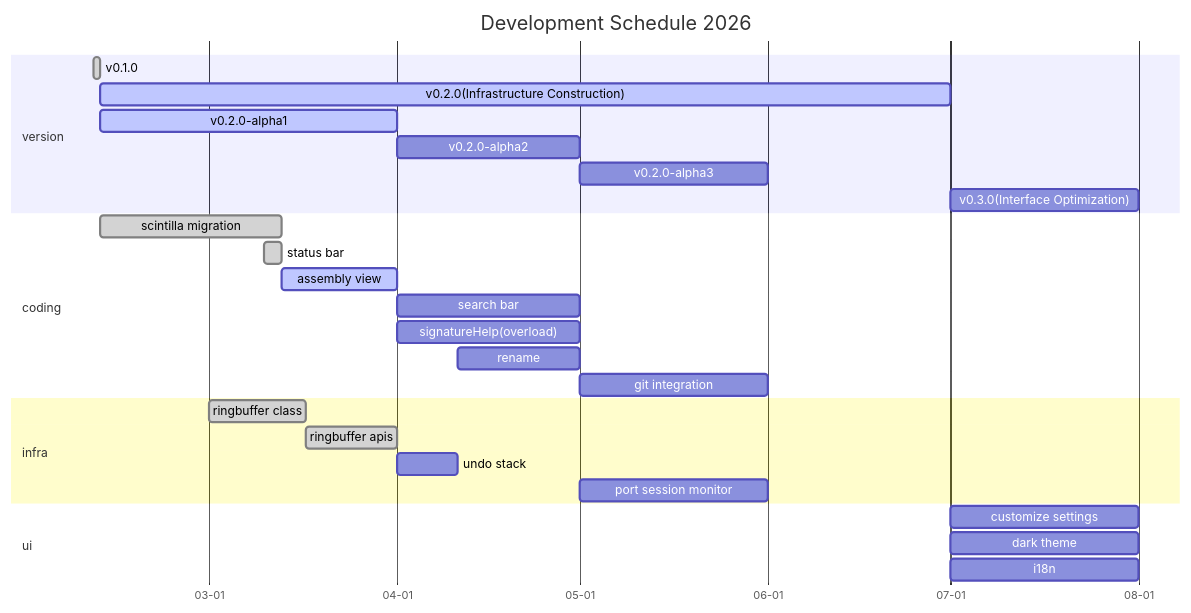
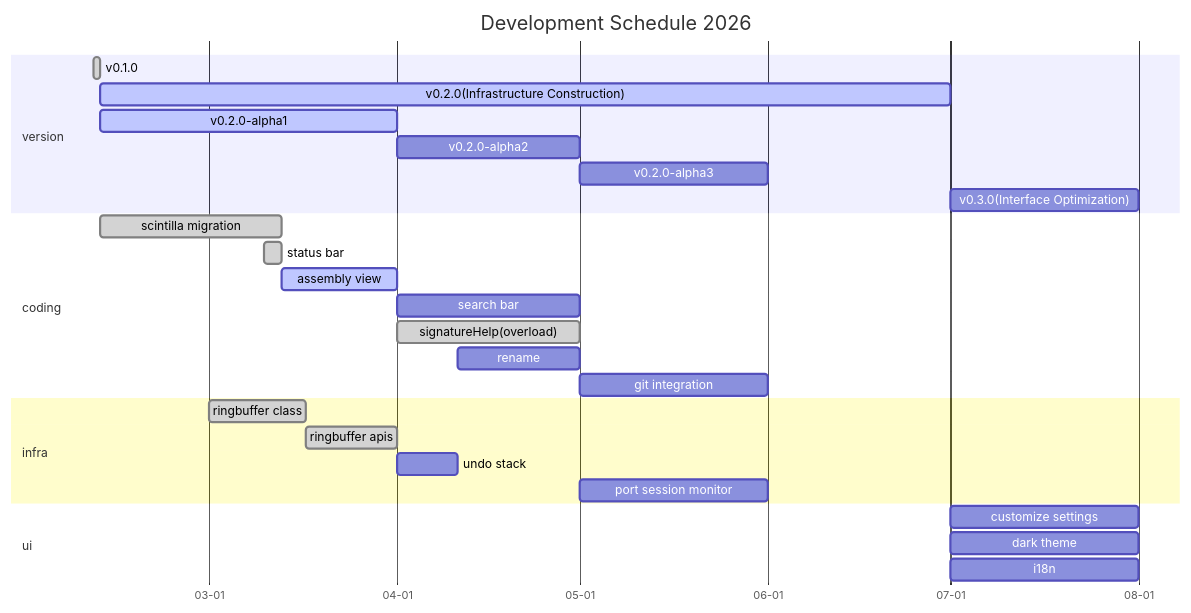
One commit to zyt20001205/UniComm2 changed the second of 3 diagrams in readme.md. Above: the diagram before and after it, drawn with Mermaid. The commit also changed 9 other files, not shown here.

````diff
--- a/readme.md
+++ b/readme.md
@@ -79,35 +79,35 @@
 ```mermaid
 gantt
     title Development Schedule 2026
     dateFormat MM-DD
     axisFormat %m-%d
     tickInterval 1month
 
     section version
         v0.1.0: done, 02-10, 1d
         v0.2.0(Infrastructure Construction): active, 02-11, 140d
         v0.2.0-alpha1: active, 02-11, 49d
         v0.2.0-alpha2: 04-01, 30d
         v0.2.0-alpha3: 05-01, 31d
         v0.3.0(Interface Optimization): 07-01, 31d
 
     section coding
         scintilla migration: done, 02-11, 30d
         status bar: done, 03-10, 3d
         assembly view: active, 03-13, 19d
         search bar: 04-01, 30d
-        signatureHelp(overload): 04-01, 30d
+        signatureHelp(overload): done, 04-01, 30d
         rename: 04-11, 20d
         git integration: 05-01, 31d
 
     section infra
         ringbuffer class: done, 03-01, 16d
         ringbuffer apis: done, 03-17, 15d
         undo stack: 04-01, 10d
         port session monitor: 05-01, 31d
 
     section ui
         customize settings: 07-01, 31d
         dark theme: 07-01, 31d
         i18n: 07-01, 31d
 ```
````
